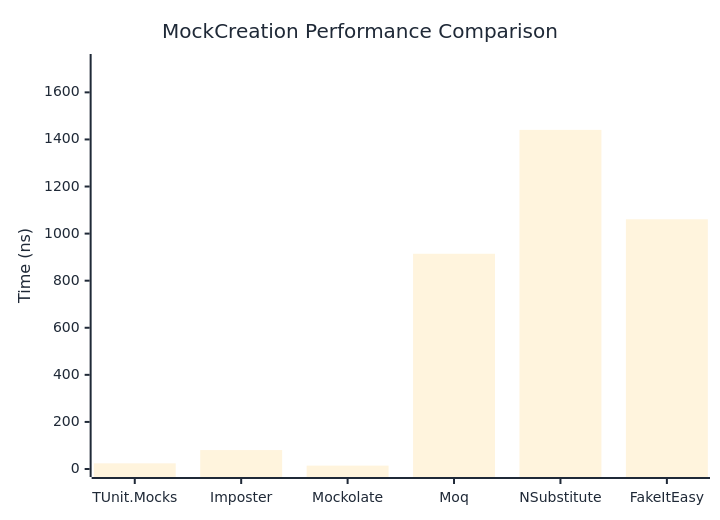
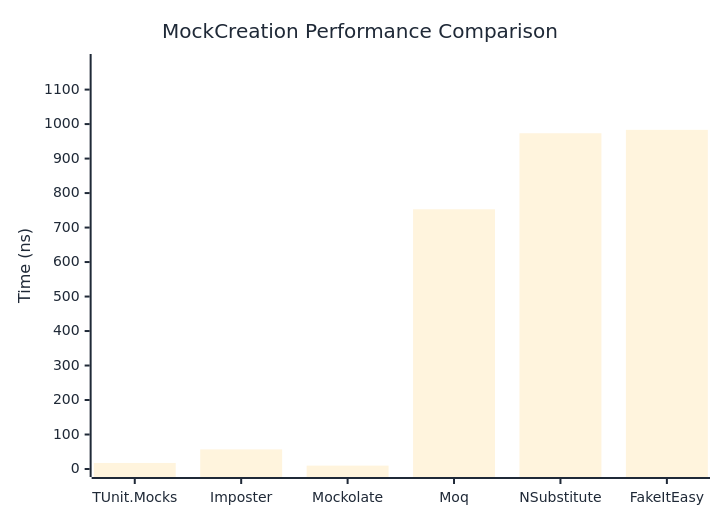
Before and after one commit to thomhurst/TUnit: the first of 2 diagrams in docs/docs/benchmarks/mocks/MockCreation.md, drawn with Mermaid. The commit also changed other lines of this file and 14 other files, not shown here.

````diff
--- a/docs/docs/benchmarks/mocks/MockCreation.md
+++ b/docs/docs/benchmarks/mocks/MockCreation.md
@@ -30,27 +30,27 @@
 ```mermaid
 %%{init: {
   'theme':'base',
   'themeVariables': {
     'primaryColor': '#2563eb',
     'primaryTextColor': '#1f2937',
     'primaryBorderColor': '#1e40af',
     'lineColor': '#6b7280',
     'secondaryColor': '#7c3aed',
     'tertiaryColor': '#dc2626',
     'background': '#ffffff',
     'pie1': '#2563eb',
     'pie2': '#7c3aed',
     'pie3': '#dc2626',
     'pie4': '#f59e0b',
     'pie5': '#10b981',
     'pie6': '#06b6d4',
     'pie7': '#ec4899',
     'pie8': '#6366f1'
   }
 }}%%
 xychart-beta
   title "MockCreation Performance Comparison"
   x-axis ["TUnit.Mocks", "Imposter", "Mockolate", "Moq", "NSubstitute", "FakeItEasy"]
-  y-axis "Time (ns)" 0 --> 1729
-  bar [24.11, 80.42, 14.32, 914.36, 1440.69, 1060.93]
+  y-axis "Time (ns)" 0 --> 1180
+  bar [17.532, 56.826, 9.803, 753.014, 973.426, 983.285]
 ```
````
